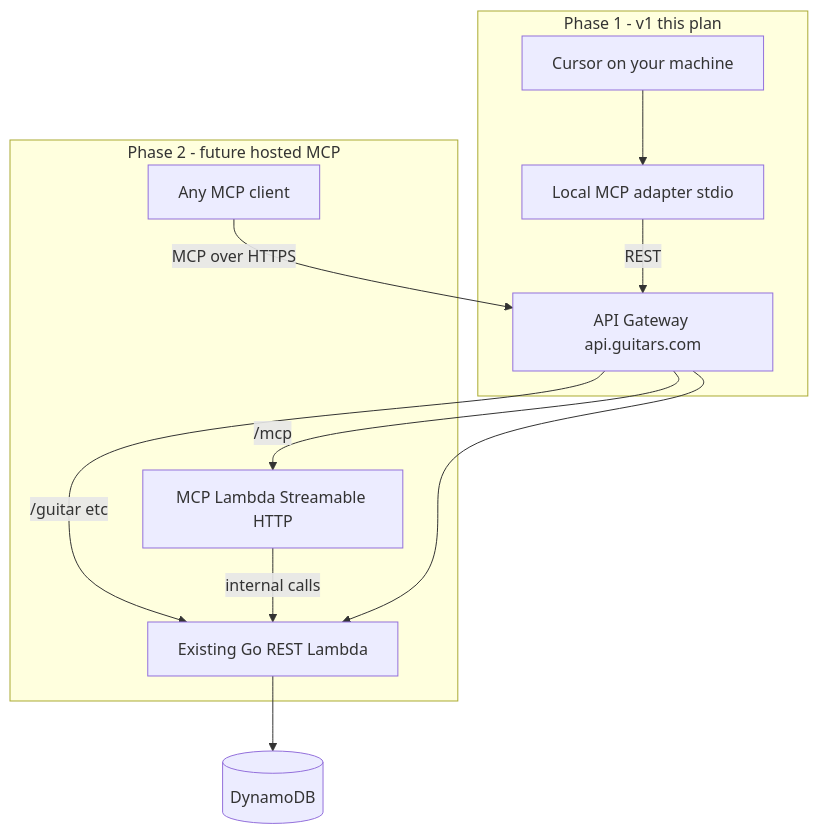
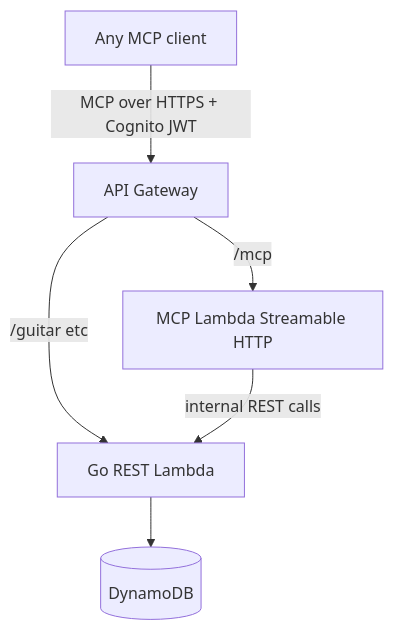
Before and after one commit to wbits/guitars: the diagram in .agents/plans/mcp-server.md, drawn with Mermaid. The commit also changed other lines of this file and 9 other files, not shown here.

First line of the commit message:
Consolidate docs: slim README, expand runbook, shorten MCP plan to Phase 2.

````diff
--- a/.agents/plans/mcp-server.md
+++ b/.agents/plans/mcp-server.md
@@ -16,23 +9,12 @@
 ```mermaid
 flowchart TB
-  subgraph phase1 [Phase 1 - v1 this plan]
-    AgentLocal[Cursor on your machine]
-    McpLocal[Local MCP adapter stdio]
-    AgentLocal --> McpLocal
-    McpLocal -->|REST| ApiGw
-  end
-
-  subgraph phase2 [Phase 2 - future hosted MCP]
-    AgentRemote[Any MCP client]
-    ApiGw[API Gateway api.guitars.com]
-    McpLambda[MCP Lambda Streamable HTTP]
-    RestLambda[Existing Go REST Lambda]
-    AgentRemote -->|MCP over HTTPS| ApiGw
-    ApiGw -->|"/mcp"| McpLambda
-    ApiGw -->|"/guitar etc"| RestLambda
-    McpLambda -->|internal calls| RestLambda
-  end
-
-  ApiGw --> RestLambda
+  Agent[Any MCP client]
+  ApiGw[API Gateway]
+  McpLambda[MCP Lambda Streamable HTTP]
+  RestLambda[Go REST Lambda]
+  Agent -->|MCP over HTTPS + Cognito JWT| ApiGw
+  ApiGw -->|"/mcp"| McpLambda
+  ApiGw -->|"/guitar etc"| RestLambda
+  McpLambda -->|internal REST calls| RestLambda
   RestLambda --> DynamoDB[(DynamoDB)]
 ```
````
